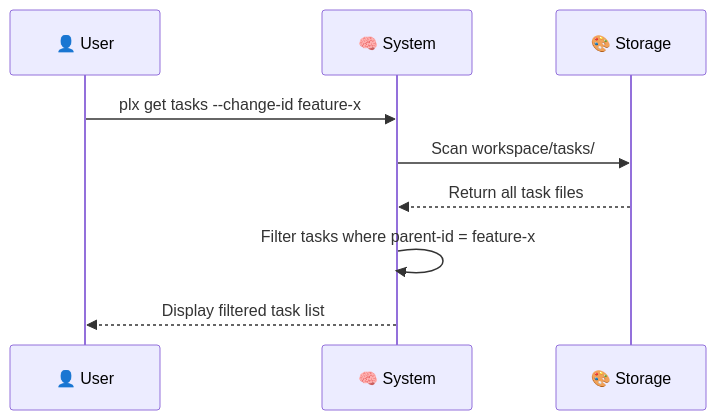
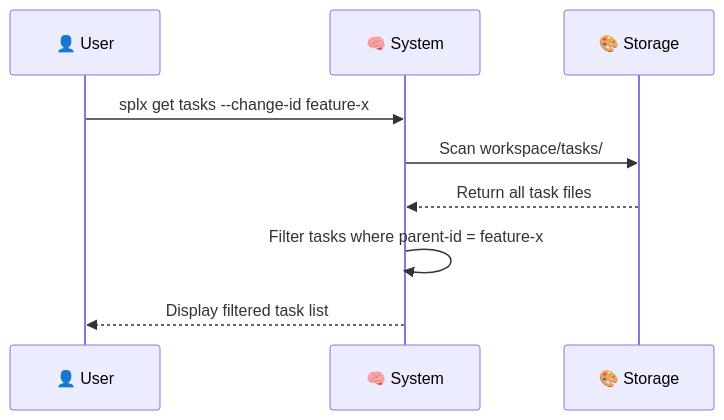
The second of 3 diagrams in workspace/drafts/request.md (appboypov/OpenSplx), drawn with Mermaid before and after one commit. The commit also changed other lines of this file and 987 other files, not shown here.

````diff
--- a/workspace/drafts/request.md
+++ b/workspace/drafts/request.md
@@ -54,12 +54,12 @@
 ```mermaid
 sequenceDiagram
     participant User as 👤 User
     participant System as 🧠 System
     participant Storage as 🎨 Storage
 
-    User->>System: plx get tasks --change-id feature-x
+    User->>System: splx get tasks --change-id feature-x
     System->>Storage: Scan workspace/tasks/
     Storage-->>System: Return all task files
     System->>System: Filter tasks where parent-id = feature-x
     System-->>User: Display filtered task list
 ```
````
